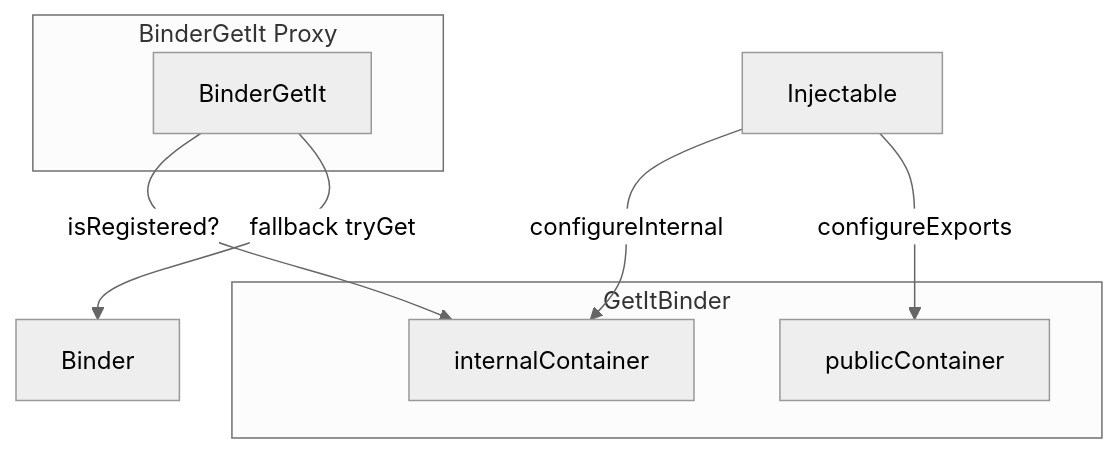
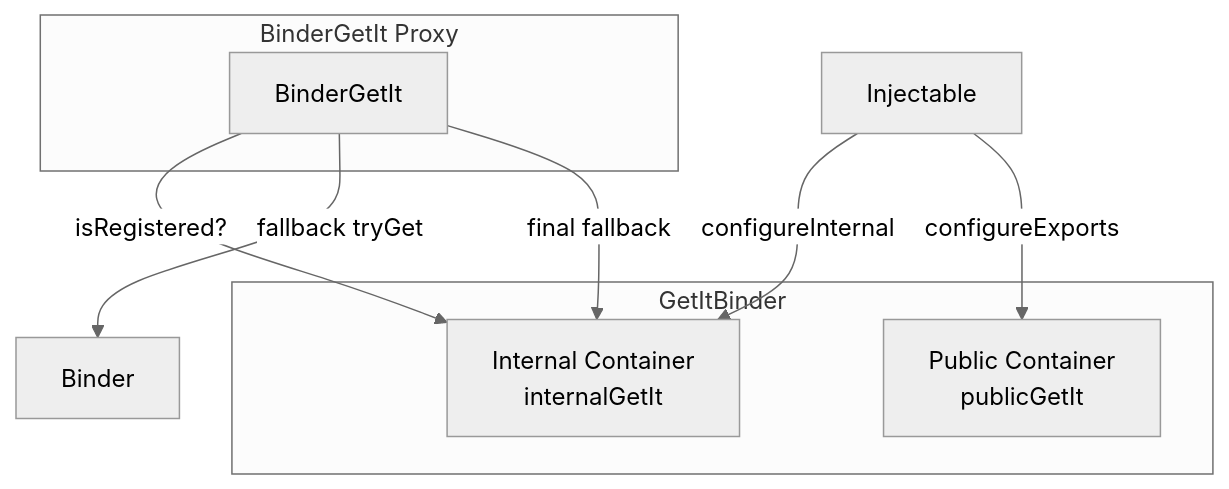
One commit to cherrypick-agency/modularity_dart changed the second of 2 diagrams in docs-site/guide/modularity_workspace/injectable-integration.md. Above: the diagram before and after it, drawn with Mermaid (neutral theme). The commit also changed other lines of this file and 12 other files, not shown here.

````diff
--- a/docs-site/guide/modularity_workspace/injectable-integration.md
+++ b/docs-site/guide/modularity_workspace/injectable-integration.md
@@ -228,14 +208,15 @@
 ```mermaid
 flowchart TB
     subgraph GetItBinder
-        IC[internalContainer]
-        PC[publicContainer]
+        IC[Internal Container<br/>internalGetIt]
+        PC[Public Container<br/>publicGetIt]
     end
-    subgraph "BinderGetIt Proxy"
+    subgraph BinderGetIt Proxy
         BG[BinderGetIt]
     end
     Injectable -->|configureInternal| IC
     Injectable -->|configureExports| PC
     BG -->|isRegistered?| IC
     BG -->|fallback tryGet| Binder
+    BG -->|final fallback| IC
 ```
````
